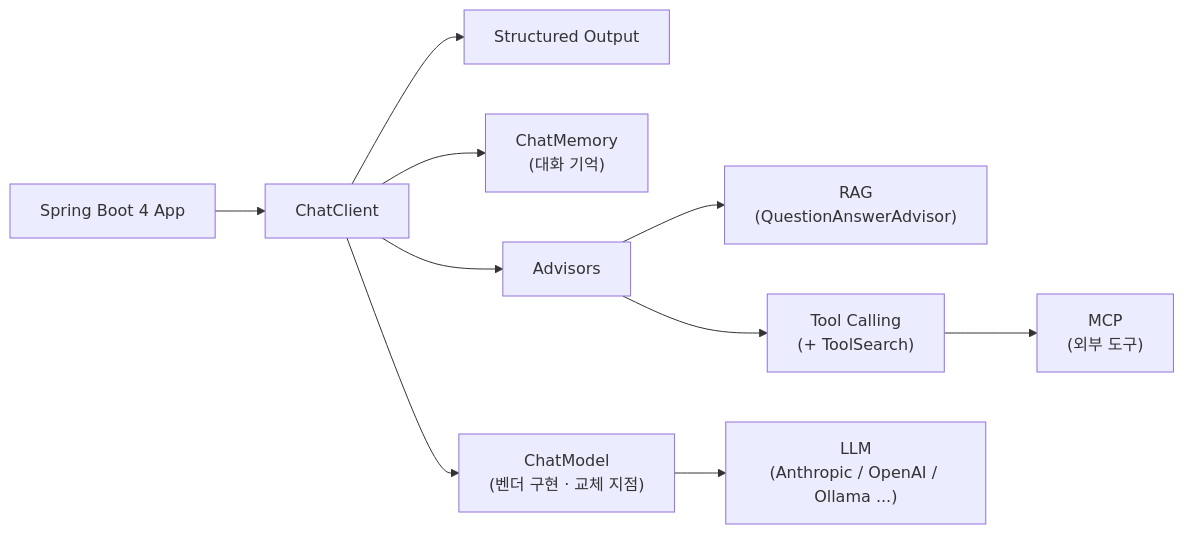
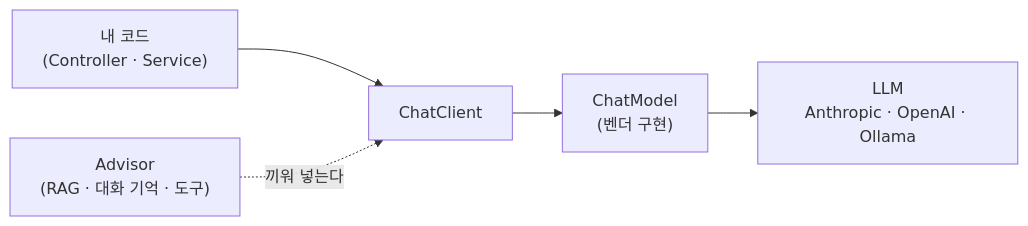
Before and after one commit to devjune/spring-ai-study: the first of 4 diagrams in spring-ai-study.md, drawn with Mermaid. The commit also changed other lines of this file, not shown here.

Commit message:
docs: 큰 그림을 ChatClient 하나에서 출발하도록 다시 구성
박스 9개 중 7개가 청자가 처음 보는 단어였다(Structured Output,
QuestionAnswerAdvisor, ToolSearch, MCP …). 그런데 밑의 설명은 그중
ChatClient·ChatModel 둘만 해설해서, 나머지는 이름만 노출된 상태였다.
지도가 아니라 용어 미리보기였다.

설명 순서를 셋으로 고정했다.
1. 내가 만지는 것은 ChatClient 하나 — 모든 예제가 여기서 시작한다
2. 벤더는 그 아래 ChatModel 이 감춘다 — 들어가며의 이식성이 현금화되는 자리
3. 기능은 Advisor 로 끼워 넣는다 — RAG·메모리·도구가 전부 같은 방식

박스는 4개로 줄었고 모르는 단어는 ChatClient·ChatModel 둘뿐인데 둘 다
바로 아래에서 해설된다. 새 비유는 서블릿 필터 하나만 들이고 이식성은
들어가며의 JdbcTemplate 을 다시 부른다.

Structured Output·ToolSearch·MCP 는 그림에서 뺐다. 바로 앞
"무엇을 만들 수 있나" 표와 § 목차에 있어 길을 잃지 않는다.

§8 은 필터 비유를 처음 꺼내는 것처럼 돼 있어 큰 그림을 되부르는
문장으로 바꿨다. mermaid 는 렌더해서 확인했다.

Claude-Session: https://claude.ai/code/session_01P3LPsuGAVK5ZLmeDPoPR4Y

````diff
--- a/spring-ai-study.md
+++ b/spring-ai-study.md
@@ -50,12 +52,7 @@
 ```mermaid
 graph LR
-    App["Spring Boot 4 App"] --> CC["ChatClient"]
-    CC --> SO["Structured Output"]
-    CC --> Mem["ChatMemory<br/>(대화 기억)"]
-    CC --> Adv["Advisors"]
-    Adv --> RAG["RAG<br/>(QuestionAnswerAdvisor)"]
-    Adv --> Tools["Tool Calling<br/>(+ ToolSearch)"]
-    Tools --> MCP["MCP<br/>(외부 도구)"]
-    CC --> CM["ChatModel<br/>(벤더 구현 · 교체 지점)"]
-    CM --> LLM["LLM<br/>(Anthropic / OpenAI / Ollama ...)"]
+    App["내 코드<br/>(Controller · Service)"] --> CC["ChatClient"]
+    CC --> CM["ChatModel<br/>(벤더 구현)"]
+    CM --> LLM["LLM<br/>Anthropic · OpenAI · Ollama"]
+    Adv["Advisor<br/>(RAG · 대화 기억 · 도구)"] -. 끼워 넣는다 .-> CC
 ```
````
